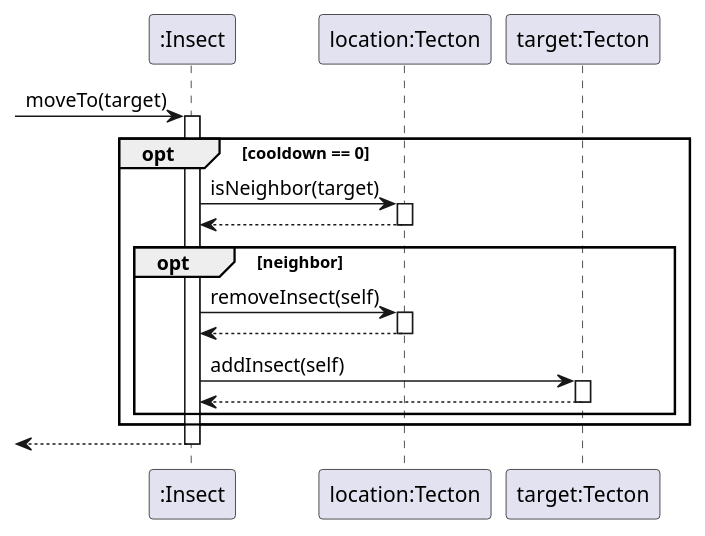
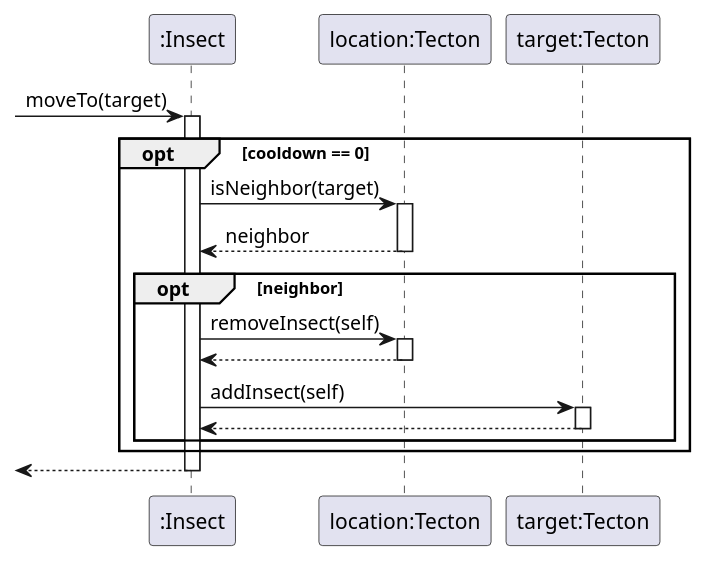
The diagram in Insect/move.pu (ZD4ve/projlab-error521), drawn with PlantUML before and after one commit. The commit also changed 4 other files, not shown here.

```diff
--- a/Insect/move.pu
+++ b/Insect/move.pu
@@ -1,39 +1,39 @@
 @startuml
 
 participant ":Insect" as insect
 participant "location:Tecton" as location
 participant "target:Tecton" as target
 
 
 -> insect : moveTo(target)
 activate insect
 
 opt cooldown == 0
 
     insect -> location : isNeighbor(target)
     activate location
 
-    insect <-- location
+    insect <-- location : neighbor
     deactivate location
 
     opt neighbor
 
         insect -> location : removeInsect(self)
         activate location
 
         insect <-- location
         deactivate location
         
         insect -> target : addInsect(self)
         activate target
 
         insect <-- target
         deactivate target
     end
 
 end
 
 <-- insect
 deactivate insect
 
 @enduml
```
